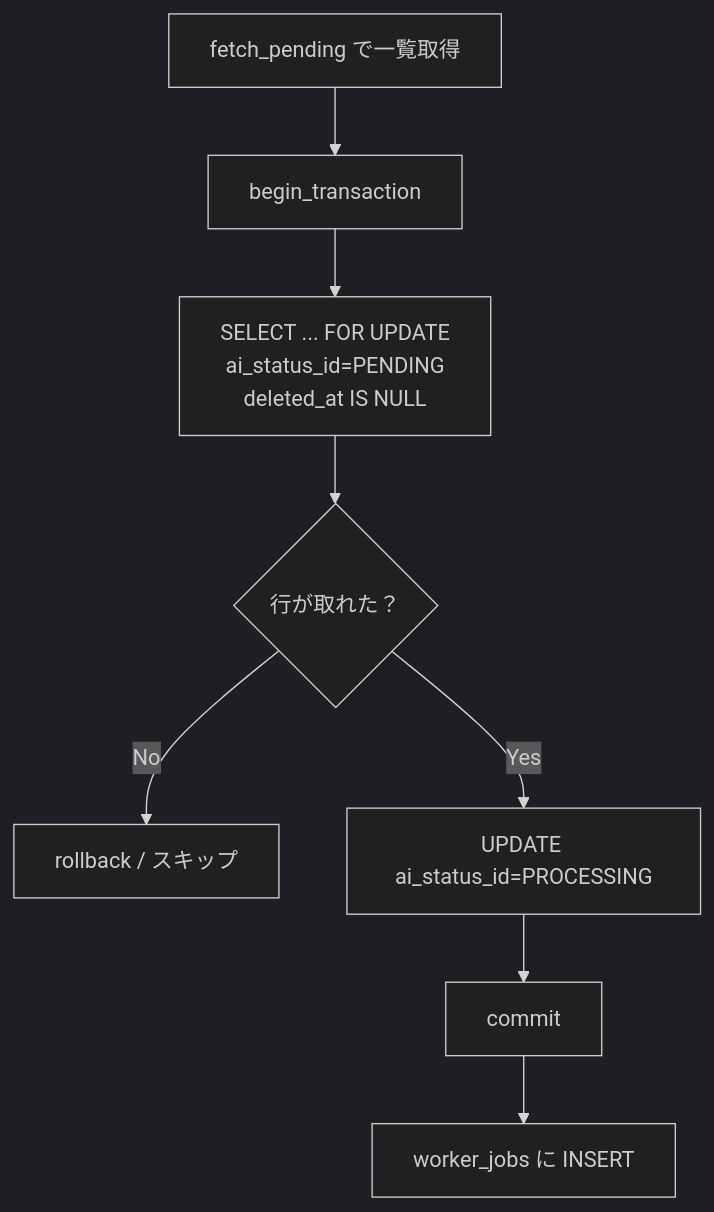
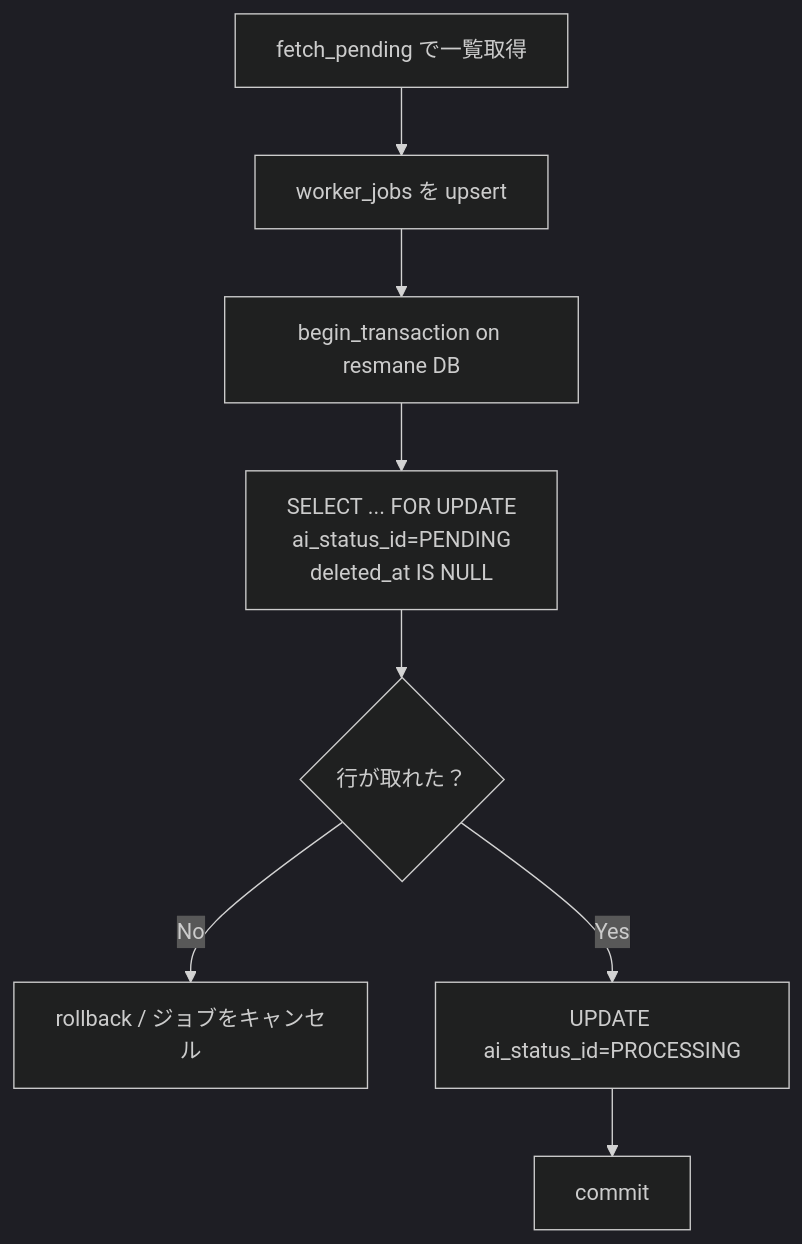
Before and after one commit to space-musicacct/resmane: the fourth of 5 diagrams in docs/BG設計/BG設計書.md, drawn with Mermaid (dark theme). The commit also changed other lines of this file and 10 other files, not shown here.

````diff
--- a/docs/BG設計/BG設計書.md
+++ b/docs/BG設計/BG設計書.md
@@ -301,10 +310,10 @@
 ```mermaid
 flowchart TD
-    A[fetch_pending で一覧取得] --> B[begin_transaction]
-    B --> C[SELECT ... FOR UPDATE<br/>ai_status_id=PENDING<br/>deleted_at IS NULL]
-    C --> D{行が取れた？}
-    D -- No --> E[rollback / スキップ]
-    D -- Yes --> F[UPDATE ai_status_id=PROCESSING]
-    F --> G[commit]
-    G --> H[worker_jobs に INSERT]
+    A[fetch_pending で一覧取得] --> B[worker_jobs を upsert]
+    B --> C[begin_transaction on resmane DB]
+    C --> D[SELECT ... FOR UPDATE<br/>ai_status_id=PENDING<br/>deleted_at IS NULL]
+    D --> E{行が取れた？}
+    E -- No --> F[rollback / ジョブをキャンセル]
+    E -- Yes --> G[UPDATE ai_status_id=PROCESSING]
+    G --> H[commit]
 ```
````
